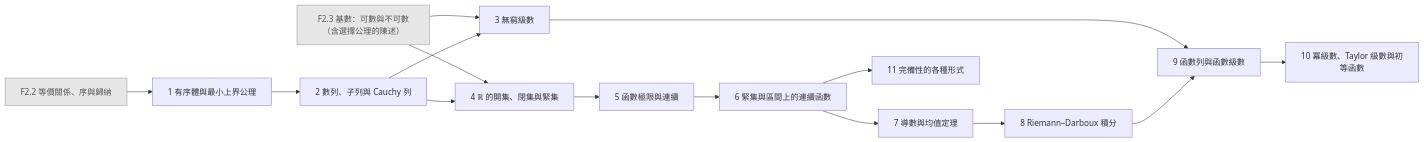
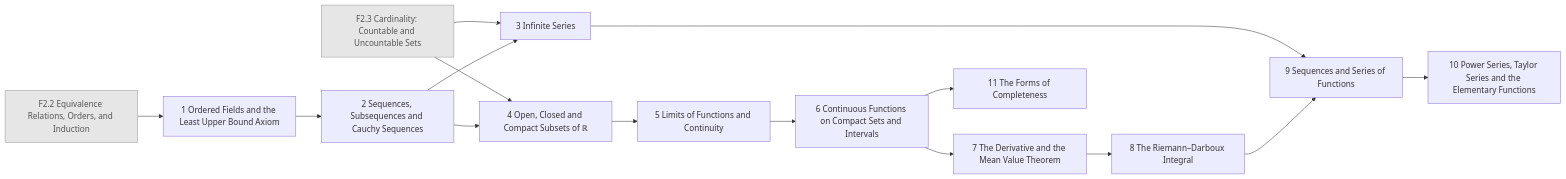
Before and after one commit to AkizumiFox/math-atlas: the fourth of 26 diagrams in generated/README.md, drawn with Mermaid. The commit also changed other lines of this file and 36 other files, not shown here.

````diff
--- a/generated/README.md
+++ b/generated/README.md
@@ -109,33 +108,33 @@
 ```mermaid
 flowchart LR
-  F2_2["F2.2 等價關係、序與歸納"]:::ext
-  F2_3["F2.3 基數：可數與不可數（含選擇公理的陳述）"]:::ext
-  AN1_1["1 有序體與最小上界公理"]
-  AN1_2["2 數列、子列與 Cauchy 列"]
-  AN1_3["3 無窮級數"]
-  AN1_4["4 ℝ 的開集、閉集與緊集"]
-  AN1_5["5 函數極限與連續"]
-  AN1_6["6 緊集與區間上的連續函數"]
-  AN1_7["7 導數與均值定理"]
-  AN1_8["8 Riemann–Darboux 積分"]
-  AN1_9["9 函數列與函數級數"]
-  AN1_10["10 冪級數、Taylor 級數與初等函數"]
-  AN1_11["11 完備性的各種形式"]
+  F2_2["F2.2 Equivalence Relations, Orders, and Induction"]:::ext
+  F2_3["F2.3 Cardinality: Countable and Uncountable Sets"]:::ext
+  AN1_1["1 Ordered Fields and the Least Upper Bound Axiom"]
+  AN1_2["2 Sequences, Subsequences and Cauchy Sequences"]
+  AN1_3["3 Infinite Series"]
+  AN1_4["4 Open, Closed and Compact Subsets of ℝ"]
+  AN1_5["5 Limits of Functions and Continuity"]
+  AN1_6["6 Continuous Functions on Compact Sets and Intervals"]
+  AN1_7["7 The Derivative and the Mean Value Theorem"]
+  AN1_8["8 The Riemann–Darboux Integral"]
+  AN1_9["9 Sequences and Series of Functions"]
+  AN1_10["10 Power Series, Taylor Series and the Elementary Functions"]
+  AN1_11["11 The Forms of Completeness"]
   F2_2 --> AN1_1
   AN1_1 --> AN1_2
   F2_3 --> AN1_3
   AN1_2 --> AN1_3
   F2_3 --> AN1_4
   AN1_2 --> AN1_4
   AN1_4 --> AN1_5
   AN1_5 --> AN1_6
   AN1_6 --> AN1_7
   AN1_7 --> AN1_8
   AN1_3 --> AN1_9
   AN1_8 --> AN1_9
   AN1_9 --> AN1_10
   AN1_6 --> AN1_11
   classDef ext fill:#e6e6e6,stroke:#999,color:#555
   classDef opt fill:#fff,stroke:#999,stroke-dasharray:4 3,color:#555
   classDef segb fill:#f6f6fb,stroke:#99a,color:#333
 ```
````
